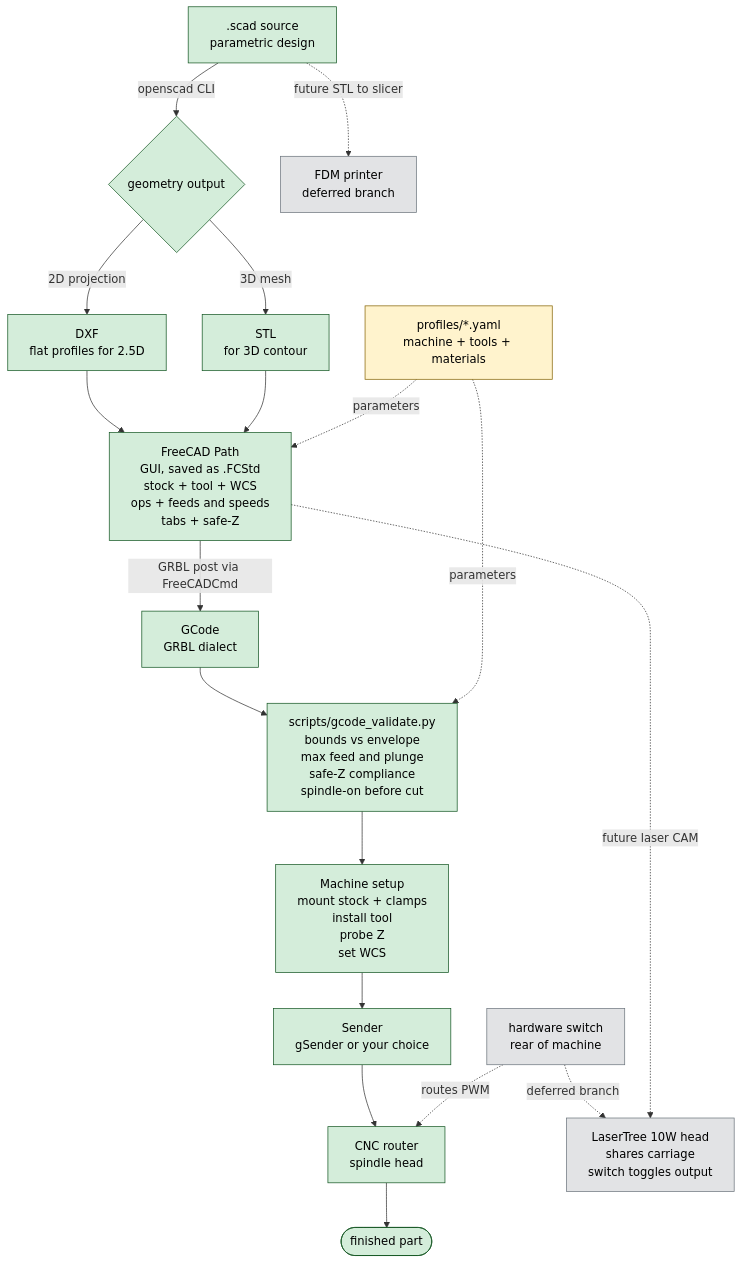
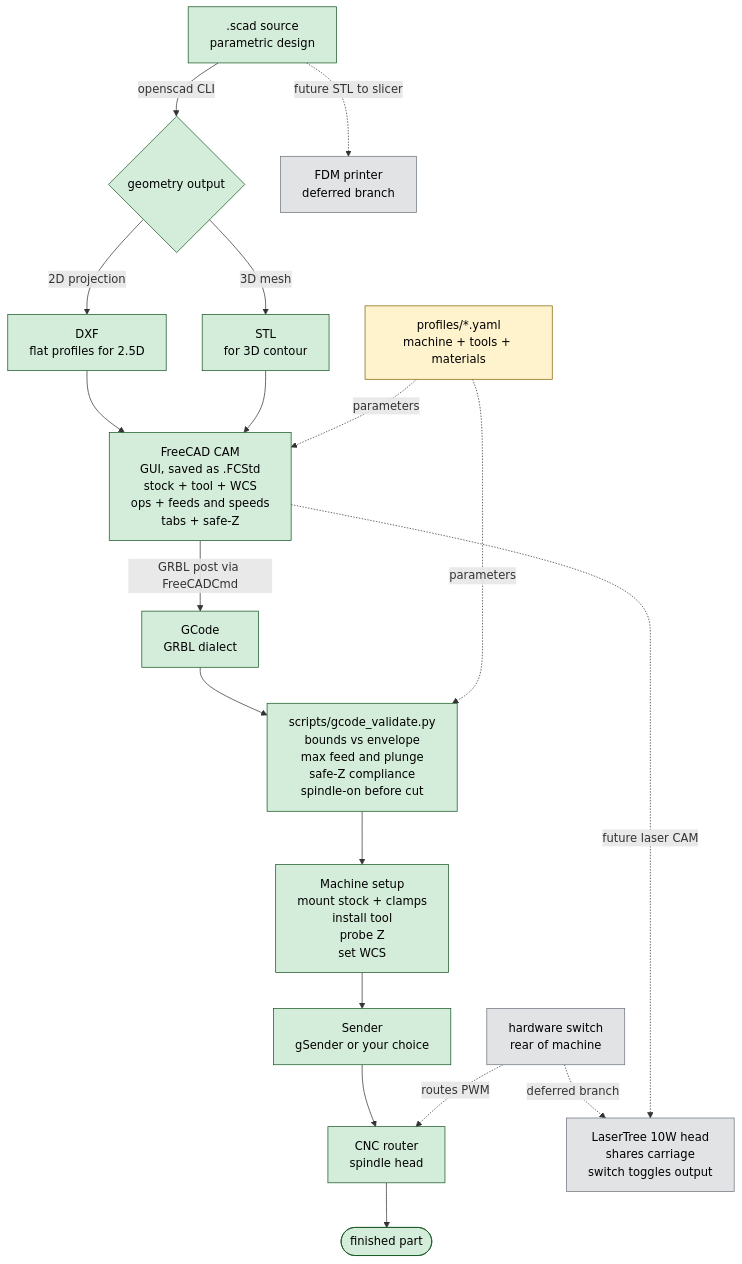
Before and after one commit to alexpaulzor/cnc_vibes: the first of 2 diagrams in cnc_vibes/cnc_for_the_scad.md, drawn with Mermaid. The commit also changed other lines of this file and 2 other files, not shown here.

````diff
--- a/cnc_vibes/cnc_for_the_scad.md
+++ b/cnc_vibes/cnc_for_the_scad.md
@@ -73,39 +73,39 @@
 ```mermaid
 flowchart TD
     SCAD[".scad source<br/>parametric design"]
     SCAD -->|"openscad CLI"| GEOM{"geometry output"}
     GEOM -->|"2D projection"| DXF["DXF<br/>flat profiles for 2.5D"]
     GEOM -->|"3D mesh"| STL["STL<br/>for 3D contour"]
 
-    DXF --> CAM["FreeCAD Path<br/>GUI, saved as .FCStd<br/>stock + tool + WCS<br/>ops + feeds and speeds<br/>tabs + safe-Z"]
+    DXF --> CAM["FreeCAD CAM<br/>GUI, saved as .FCStd<br/>stock + tool + WCS<br/>ops + feeds and speeds<br/>tabs + safe-Z"]
     STL --> CAM
 
     PROFILE["profiles/*.yaml<br/>machine + tools + materials"]
     PROFILE -. parameters .-> CAM
 
     CAM -->|"GRBL post via FreeCADCmd"| GCODE["GCode<br/>GRBL dialect"]
     GCODE --> VALIDATE["scripts/gcode_validate.py<br/>bounds vs envelope<br/>max feed and plunge<br/>safe-Z compliance<br/>spindle-on before cut"]
     PROFILE -. parameters .-> VALIDATE
     VALIDATE --> SETUP["Machine setup<br/>mount stock + clamps<br/>install tool<br/>probe Z<br/>set WCS"]
     SETUP --> SENDER["Sender<br/>gSender or your choice"]
     SENDER --> SPINDLE["CNC router<br/>spindle head"]
     SPINDLE --> PART(["finished part"])
 
     SWITCH["hardware switch<br/>rear of machine"]
     SWITCH -. routes PWM .-> SPINDLE
 
     LASER["LaserTree 10W head<br/>shares carriage<br/>switch toggles output"]
     SWITCH -. deferred branch .-> LASER
 
     FDM["FDM printer<br/>deferred branch"]
 
     CAM -. future laser CAM .-> LASER
     SCAD -. future STL to slicer .-> FDM
 
     classDef live fill:#d4edda,stroke:#155724,color:#000
     classDef deferred fill:#e2e3e5,stroke:#6c757d,color:#000
     classDef config fill:#fff3cd,stroke:#856404,color:#000
     class SCAD,GEOM,DXF,STL,CAM,GCODE,VALIDATE,SETUP,SENDER,SPINDLE,PART live
     class LASER,FDM,SWITCH deferred
     class PROFILE config
 ```
````
